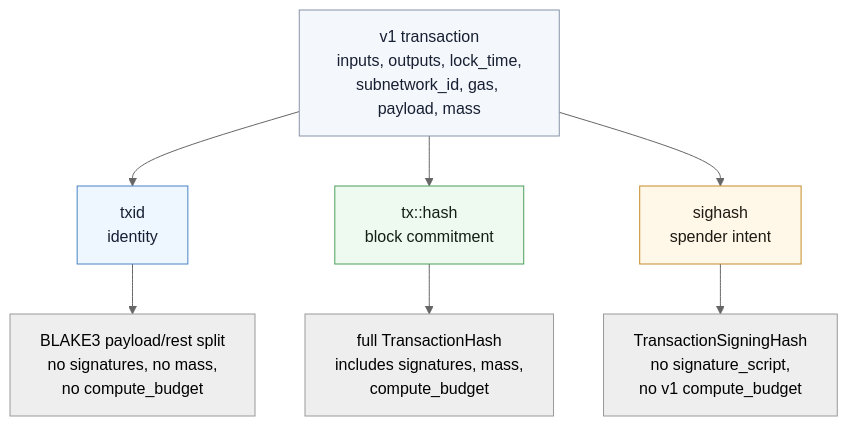
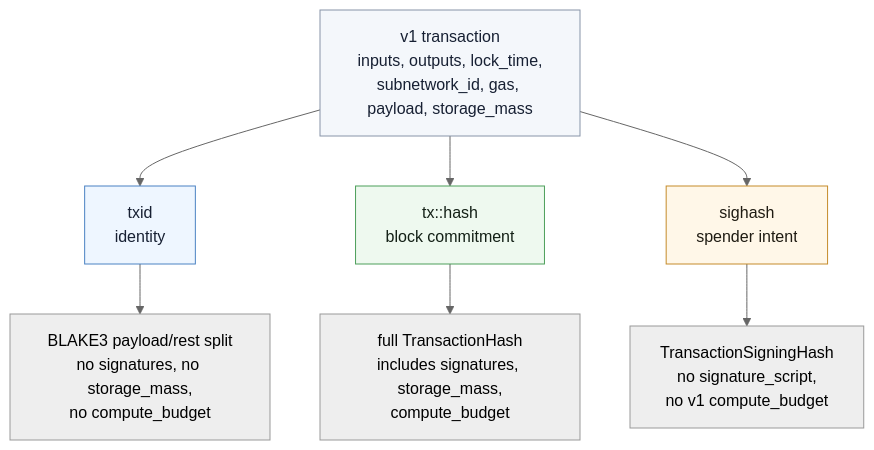
One commit to kaspanet/docs changed the second of 2 diagrams in content/docs/toccata/transaction-v1.mdx. Above: the diagram before and after it, drawn with Mermaid (neutral theme). The commit also changed other lines of this file and 4 other files, not shown here.

````diff
--- a/content/docs/toccata/transaction-v1.mdx
+++ b/content/docs/toccata/transaction-v1.mdx
@@ -177,21 +177,21 @@
 ```mermaid
 flowchart TB
     classDef tx fill:#f4f7fb,stroke:#8794a8,color:#172033
     classDef id fill:#eef6ff,stroke:#4b82c3,color:#172033
     classDef block fill:#eef9ef,stroke:#4d9f5b,color:#132016
     classDef sig fill:#fff7e8,stroke:#c58b2a,color:#1f1b12
 
-    TX["v1 transaction<br/>inputs, outputs, lock_time,<br/>subnetwork_id, gas, payload, mass"]:::tx
+    TX["v1 transaction<br/>inputs, outputs, lock_time,<br/>subnetwork_id, gas, payload, storage_mass"]:::tx
 
     ID["txid<br/>identity"]:::id
     HASH["tx::hash<br/>block commitment"]:::block
     SIG["sighash<br/>spender intent"]:::sig
 
     TX --> ID
     TX --> HASH
     TX --> SIG
 
-    ID --> IDR["BLAKE3 payload/rest split<br/>no signatures, no mass,<br/>no compute_budget"]
-    HASH --> HR["full TransactionHash<br/>includes signatures, mass,<br/>compute_budget"]
+    ID --> IDR["BLAKE3 payload/rest split<br/>no signatures, no storage_mass,<br/>no compute_budget"]
+    HASH --> HR["full TransactionHash<br/>includes signatures, storage_mass,<br/>compute_budget"]
     SIG --> SR["TransactionSigningHash<br/>no signature_script,<br/>no v1 compute_budget"]
 ```
````
